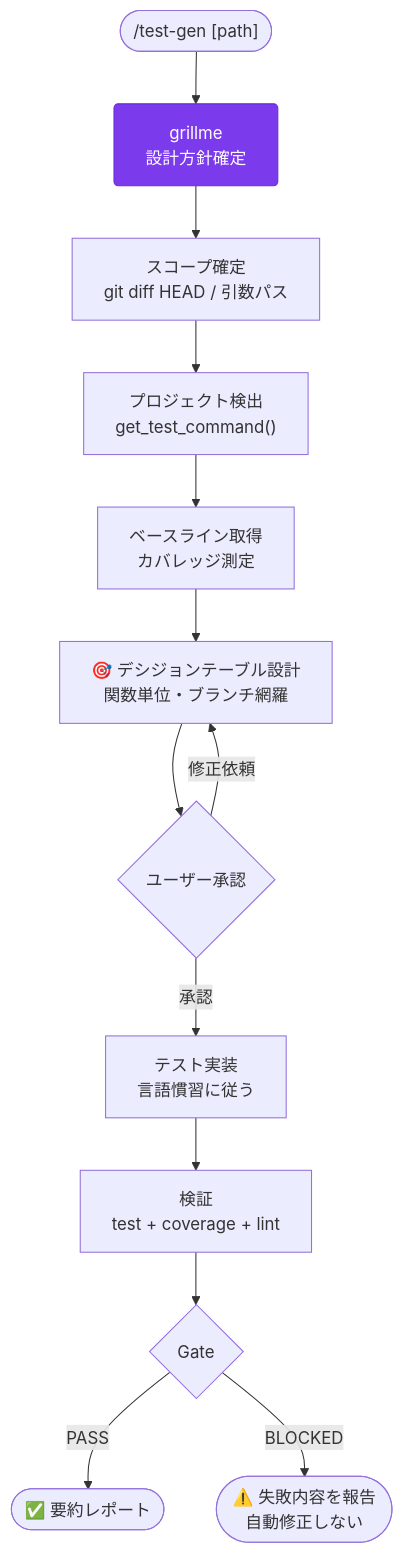
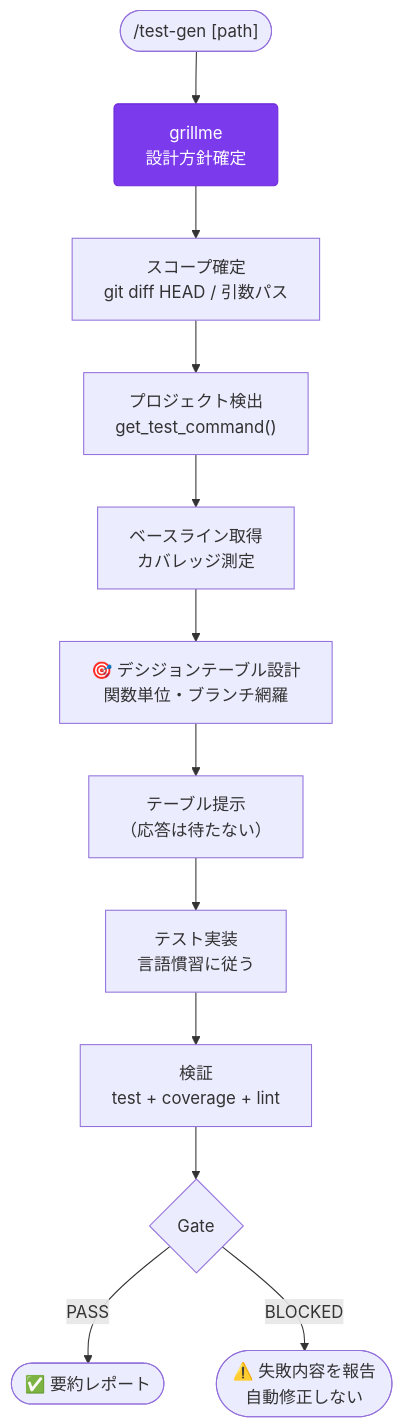
Before and after one commit to aokumablue/claq: diagram 11 of 12 in README.md, drawn with Mermaid. The commit also changed other lines of this file and 4 other files, not shown here.

````diff
--- a/README.md
+++ b/README.md
@@ -478,18 +487,17 @@
 ```mermaid
 flowchart TD
   classDef cmd    fill:#2563eb,stroke:#1e40af,color:#fff,rx:6
   classDef skill  fill:#7c3aed,stroke:#6d28d9,color:#fff,rx:4
 
   A(["/test-gen [path]"]) --> B["grillme<br/>設計方針確定"]:::skill
   B --> C["スコープ確定<br/>git diff HEAD / 引数パス"]
   C --> D["プロジェクト検出<br/>get_test_command()"]
   D --> E["ベースライン取得<br/>カバレッジ測定"]
   E --> F["🎯 デシジョンテーブル設計<br/>関数単位・ブランチ網羅"]
-  F --> G{"ユーザー承認"}
-  G -- 修正依頼 --> F
-  G -- 承認 --> H["テスト実装<br/>言語慣習に従う"]
+  F --> G["テーブル提示<br/>（応答は待たない）"]
+  G --> H["テスト実装<br/>言語慣習に従う"]
   H --> I["検証<br/>test + coverage + lint"]
   I --> J{"Gate"}
   J -- PASS --> K(["✅ 要約レポート"])
   J -- BLOCKED --> L(["⚠️ 失敗内容を報告<br/>自動修正しない"])
 ```
````
